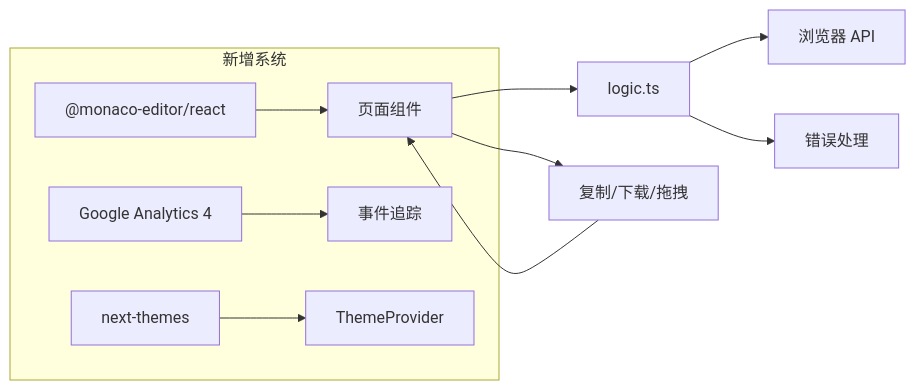
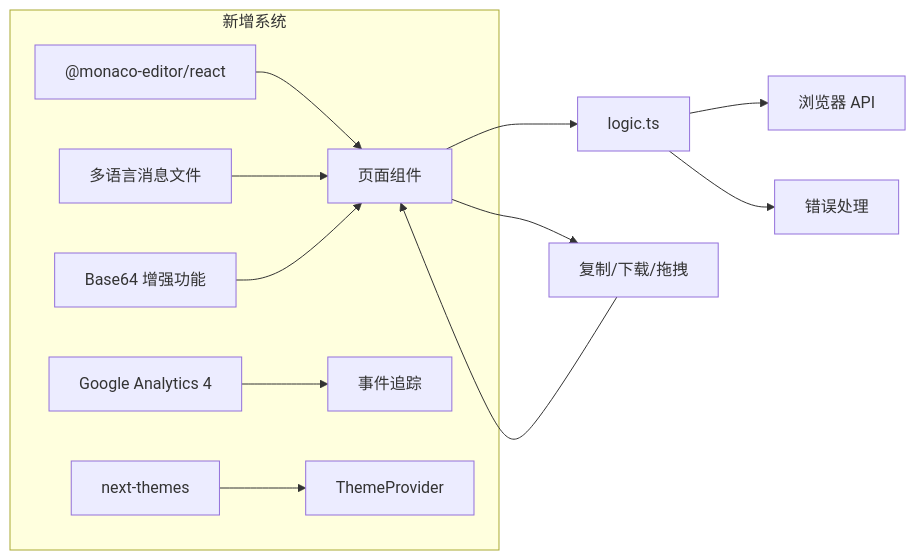
Before and after one commit to sgyy/privadeck: the third of 3 diagrams in .qoder/repowiki/zh/content/开发者工具/开发者工具.md, drawn with Mermaid. The commit also changed other lines of this file and 5 other files, not shown here.

````diff
--- a/.qoder/repowiki/zh/content/开发者工具/开发者工具.md
+++ b/.qoder/repowiki/zh/content/开发者工具/开发者工具.md
@@ -512,13 +611,15 @@
 ```mermaid
 graph LR
 UI["页面组件"] --> LOGIC["logic.ts"]
 LOGIC --> API["浏览器 API"]
 LOGIC --> ERR["错误处理"]
 UI --> FEAT["复制/下载/拖拽"]
 subgraph "新增系统"
 MONACO["@monaco-editor/react"] --> UI
 ANALYTICS["Google Analytics 4"] --> TRACK["事件追踪"]
 THEME["next-themes"] --> THEMEPROVIDER["ThemeProvider"]
+LOCALIZATION["多语言消息文件"] --> UI
+BASE64_ENHANCE["Base64 增强功能"] --> UI
 end
 FEAT --> UI
 ```
````
